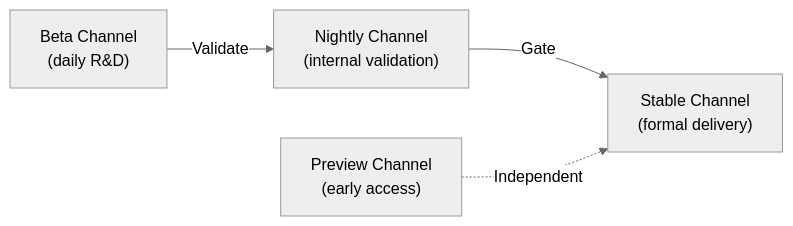
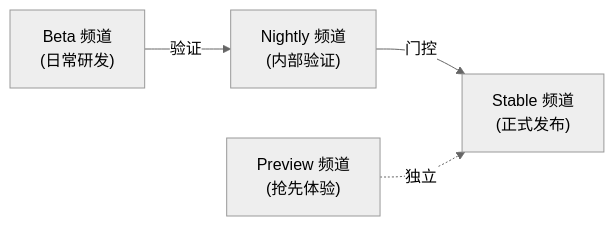
One commit to nmsn/open-design changed diagram 12 of 12 in docs/codebase/ARCHITECTURE.md. Above: the diagram before and after it, drawn with Mermaid (neutral theme). The commit also changed other lines of this file and 2 other files, not shown here.

````diff
--- a/docs/codebase/ARCHITECTURE.md
+++ b/docs/codebase/ARCHITECTURE.md
@@ -411,11 +411,11 @@
 ```mermaid
 graph LR
-    Beta["Beta Channel<br/>(daily R&D)"]
-    Nightly["Nightly Channel<br/>(internal validation)"]
-    Preview["Preview Channel<br/>(early access)"]
-    Stable["Stable Channel<br/>(formal delivery)"]
+    Beta["Beta 频道<br/>(日常研发)"]
+    Nightly["Nightly 频道<br/>(内部验证)"]
+    Preview["Preview 频道<br/>(抢先体验)"]
+    Stable["Stable 频道<br/>(正式发布)"]
 
-    Beta -->|"Validate"| Nightly
-    Nightly -->|"Gate"| Stable
-    Preview -.->|"Independent"| Stable
+    Beta -->|"验证"| Nightly
+    Nightly -->|"门控"| Stable
+    Preview -.->|"独立"| Stable
 ```
````
